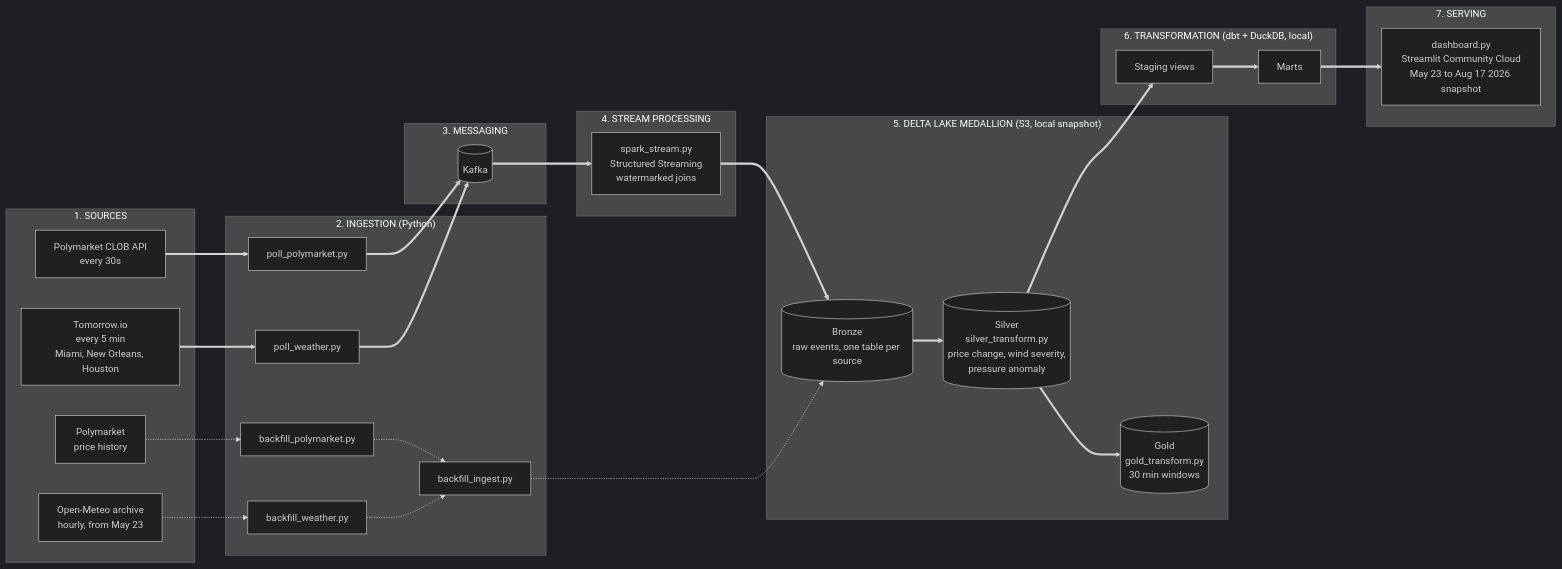
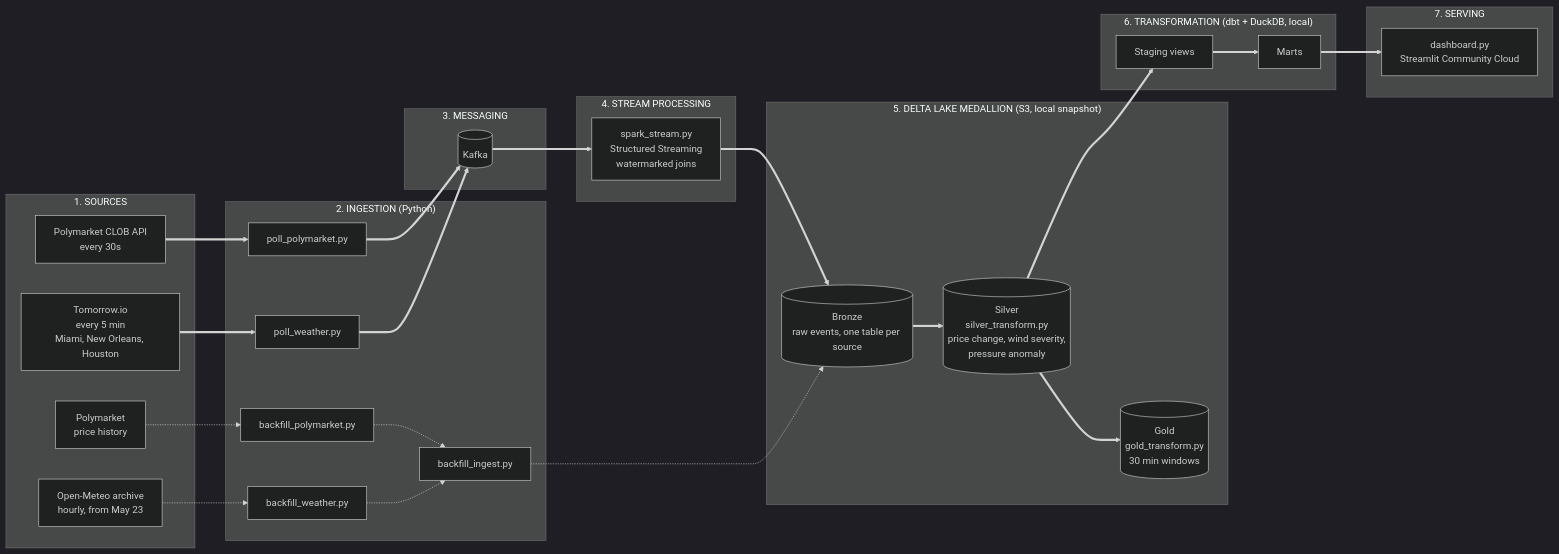
The first of 2 diagrams in README.md (praneel-thoom/polymarket-weather-pipeline), drawn with Mermaid (dark theme) before and after one commit. The commit also changed other lines of this file, not shown here.

````diff
--- a/README.md
+++ b/README.md
@@ -15,58 +25,58 @@
 ```mermaid
 flowchart LR
     subgraph S1["1. SOURCES"]
         CLOB["Polymarket CLOB API<br/>every 30s"]
         TIO["Tomorrow.io<br/>every 5 min<br/>Miami, New Orleans, Houston"]
         PH["Polymarket<br/>price history"]
         OM["Open-Meteo archive<br/>hourly, from May 23"]
     end
 
     subgraph S2["2. INGESTION (Python)"]
         PP["poll_polymarket.py"]
         PW["poll_weather.py"]
         BP["backfill_polymarket.py"]
         BW["backfill_weather.py"]
         BI["backfill_ingest.py"]
     end
 
     subgraph S3["3. MESSAGING"]
         K[("Kafka")]
     end
 
     subgraph S4["4. STREAM PROCESSING"]
         SS["spark_stream.py<br/>Structured Streaming<br/>watermarked joins"]
     end
 
     subgraph S5["5. DELTA LAKE MEDALLION (S3, local snapshot)"]
         B[("Bronze<br/>raw events, one table per source")]
         S[("Silver<br/>silver_transform.py<br/>price change, wind severity,<br/>pressure anomaly")]
         G[("Gold<br/>gold_transform.py<br/>30 min windows")]
     end
 
     subgraph S6["6. TRANSFORMATION (dbt + DuckDB, local)"]
         ST["Staging views"]
         MA["Marts"]
     end
 
     subgraph S7["7. SERVING"]
-        DASH["dashboard.py<br/>Streamlit Community Cloud<br/>May 23 to Aug 17 2026 snapshot"]
+        DASH["dashboard.py<br/>Streamlit Community Cloud"]
     end
 
     CLOB ==> PP
     TIO ==> PW
     PP ==> K
     PW ==> K
     K ==> SS
     SS ==> B
     B ==> S
     S ==> G
     S ==> ST
     ST ==> MA
     MA ==> DASH
 
     PH -.-> BP
     OM -.-> BW
     BP -.-> BI
     BW -.-> BI
     BI -.-> B
 ```
````
